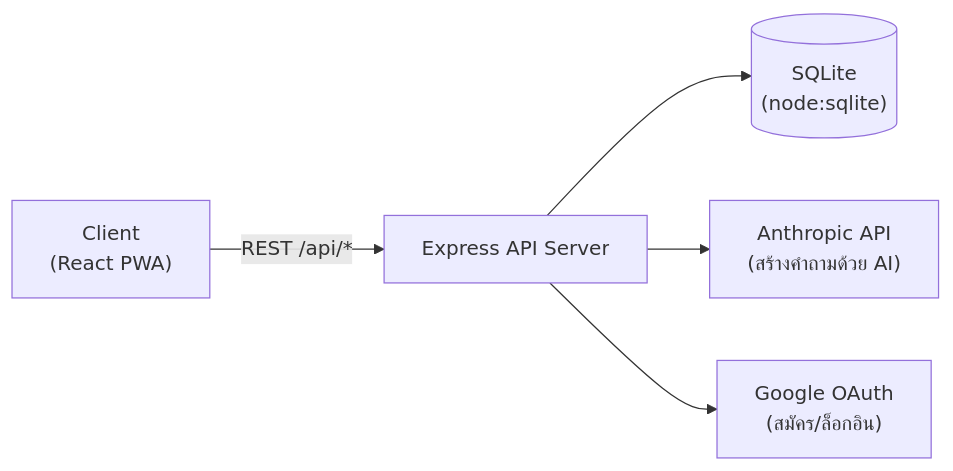
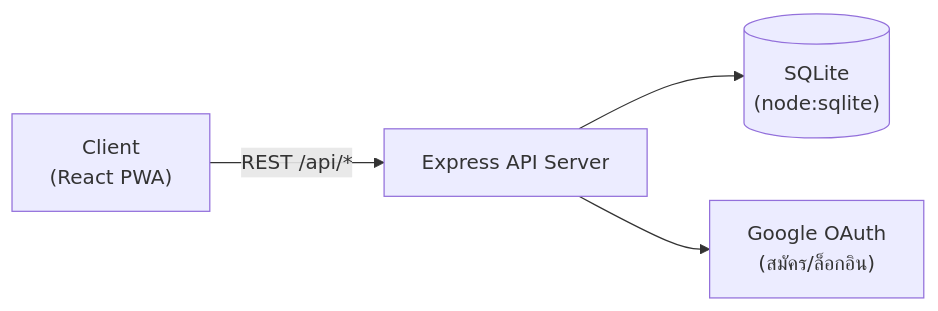
Before and after one commit to Pug-03/DeePer: the first of 4 diagrams in README.md, drawn with Mermaid. The commit also changed other lines of this file and 9 other files, not shown here.

````diff
--- a/README.md
+++ b/README.md
@@ -43,7 +42,6 @@
 ```mermaid
 flowchart LR
     Client["Client\n(React PWA)"] -->|"REST /api/*"| Server["Express API Server"]
     Server --> DB[("SQLite\n(node:sqlite)")]
-    Server --> AI["Anthropic API\n(สร้างคำถามด้วย AI)"]
     Server --> Google["Google OAuth\n(สมัคร/ล็อกอิน)"]
 ```
````
